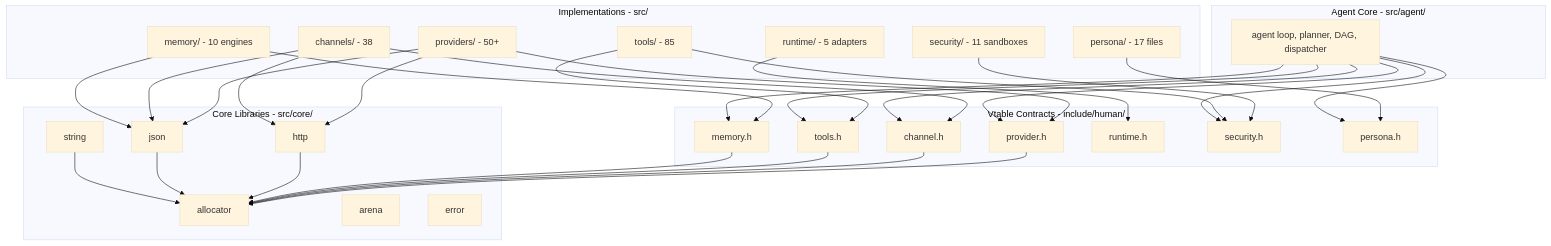
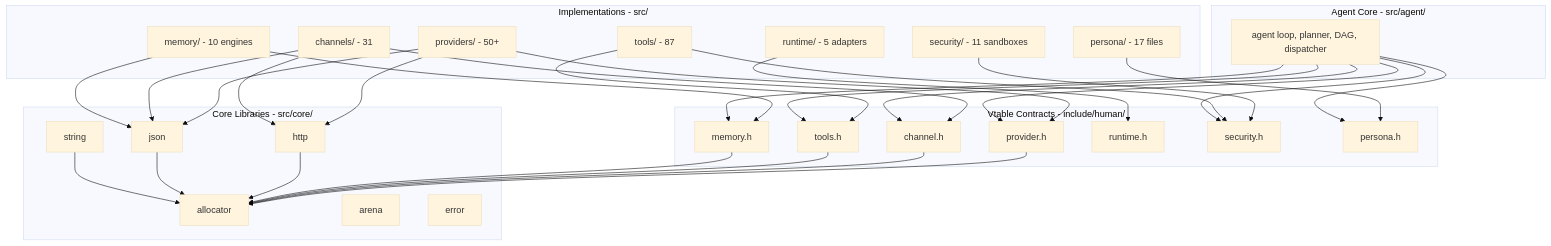
One commit to sethdford/seaclaw changed the third of 3 diagrams in ARCHITECTURE.md. Above: the diagram before and after it, drawn with Mermaid (base theme). The commit also changed other lines of this file and 146 other files, not shown here.

````diff
--- a/ARCHITECTURE.md
+++ b/ARCHITECTURE.md
@@ -105,65 +105,65 @@
 ```mermaid
 graph TD
     subgraph contracts [Vtable Contracts - include/human/]
         ProviderH["provider.h"]
         ChannelH["channel.h"]
         ToolH["tools.h"]
         MemoryH["memory.h"]
         RuntimeH["runtime.h"]
         SecurityH["security.h"]
         PersonaH["persona.h"]
     end
 
     subgraph coreLib [Core Libraries - src/core/]
         Allocator["allocator"]
         Arena["arena"]
         JSON["json"]
         StringLib["string"]
         HTTP["http"]
         Error["error"]
     end
 
     subgraph implementations [Implementations - src/]
         ProvImpl["providers/ - 50+"]
-        ChanImpl["channels/ - 38"]
-        ToolImpl["tools/ - 85"]
+        ChanImpl["channels/ - 31"]
+        ToolImpl["tools/ - 87"]
         MemImpl["memory/ - 10 engines"]
         RTImpl["runtime/ - 5 adapters"]
         SecImpl["security/ - 11 sandboxes"]
         PersImpl["persona/ - 17 files"]
     end
 
     subgraph agentCore [Agent Core - src/agent/]
         AgentImpl["agent loop, planner, DAG, dispatcher"]
     end
 
     ProvImpl --> ProviderH
     ChanImpl --> ChannelH
     ToolImpl --> ToolH
     MemImpl --> MemoryH
     RTImpl --> RuntimeH
     SecImpl --> SecurityH
     PersImpl --> PersonaH
 
     ProvImpl --> HTTP
     ProvImpl --> JSON
     ChanImpl --> HTTP
     ChanImpl --> JSON
     ToolImpl --> SecurityH
     MemImpl --> JSON
 
     AgentImpl --> ProviderH
     AgentImpl --> ChannelH
     AgentImpl --> ToolH
     AgentImpl --> MemoryH
     AgentImpl --> PersonaH
     AgentImpl --> SecurityH
 
     ProviderH --> Allocator
     ChannelH --> Allocator
     ToolH --> Allocator
     MemoryH --> Allocator
     HTTP --> Allocator
     JSON --> Allocator
     StringLib --> Allocator
 ```
````
